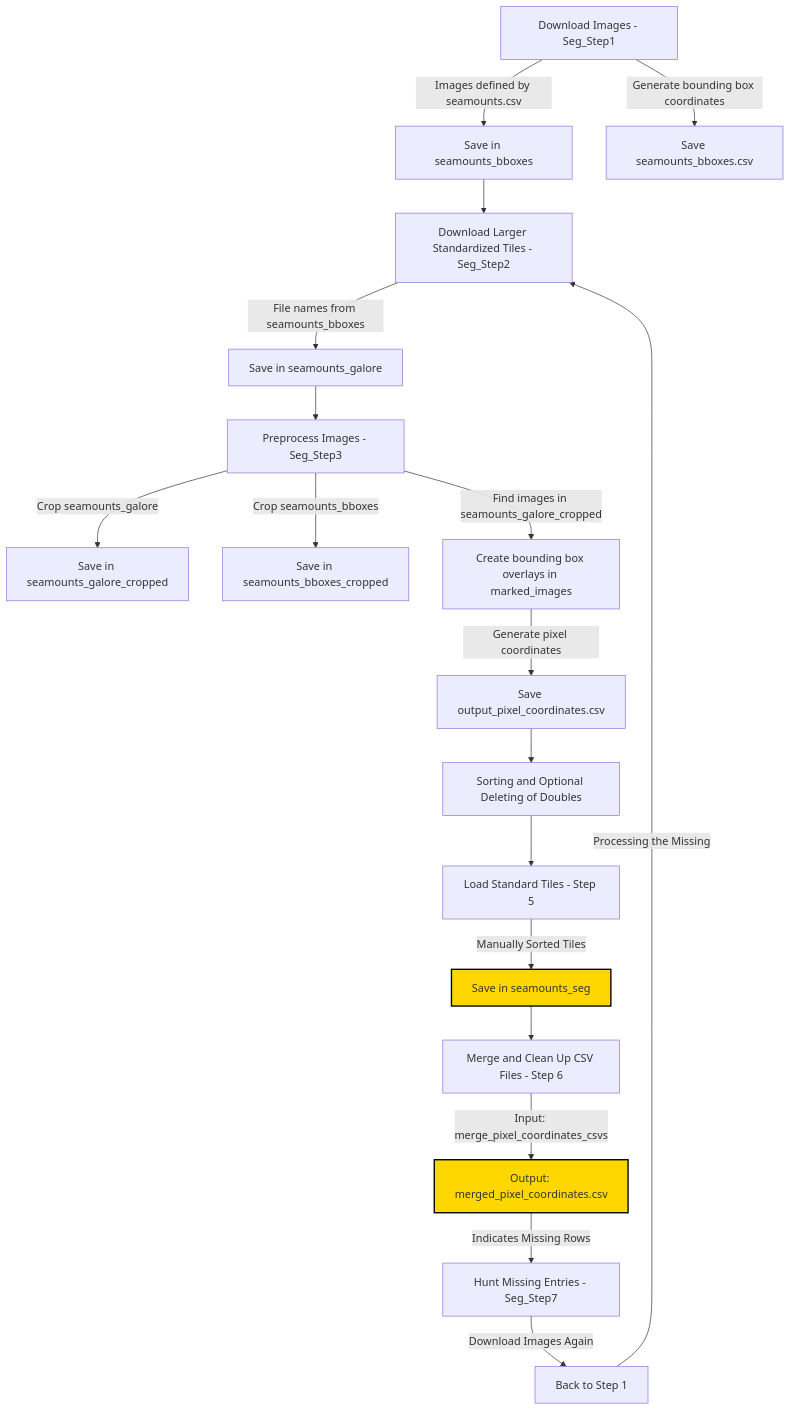
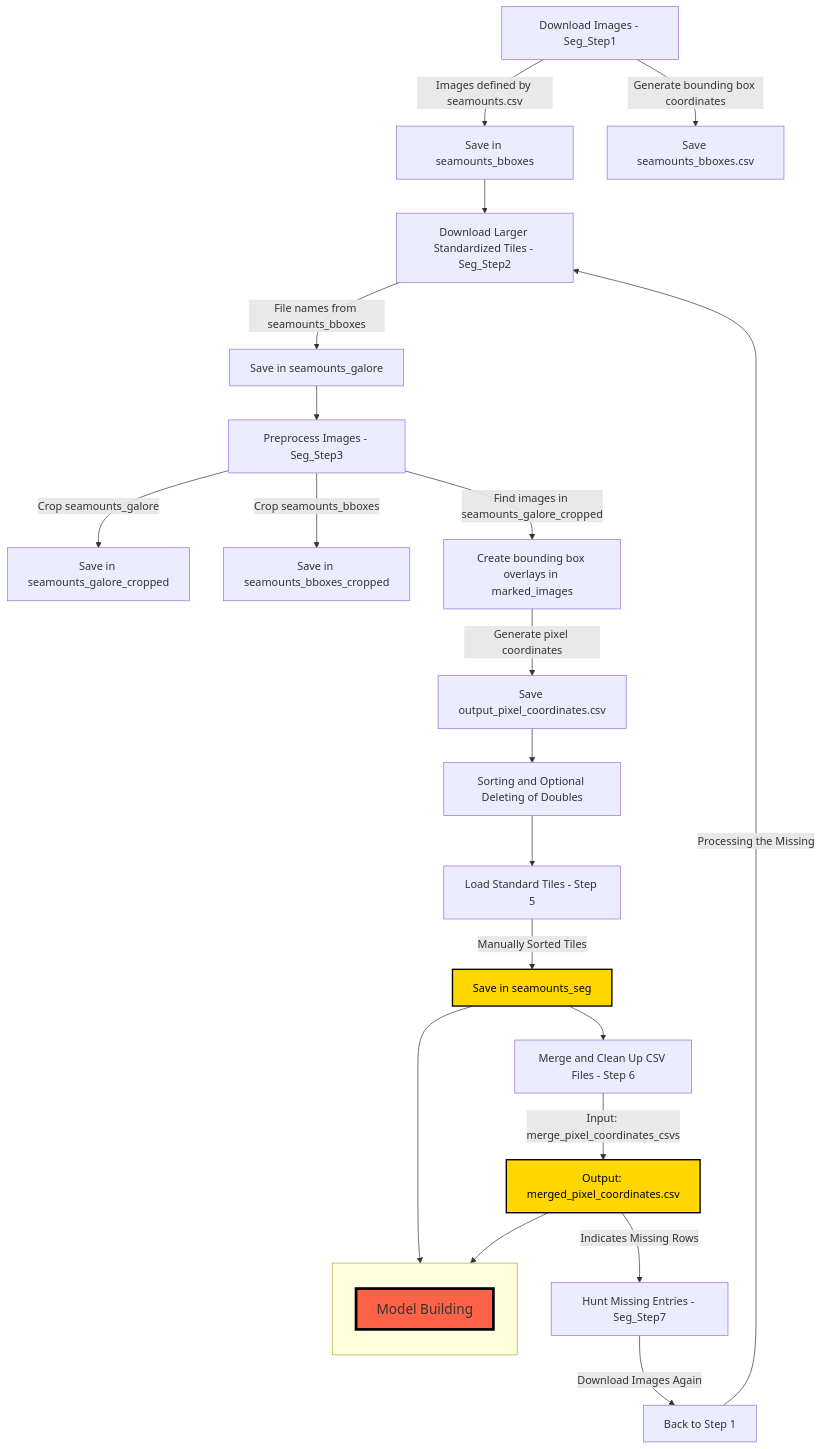
Before and after one commit to annewoelfl/Seamounts: the diagram in Workflow Image Segmentation.md, drawn with Mermaid. The commit also changed other lines of this file, not shown here.

Commit message:
Updated workflow

````diff
--- a/Workflow Image Segmentation.md
+++ b/Workflow Image Segmentation.md
@@ -3,25 +3,38 @@
 ```mermaid
 graph TD
     A[Download Images - Seg_Step1] -->|Images defined by seamounts.csv| B[Save in seamounts_bboxes]
     A -->|Generate bounding box coordinates| C[Save seamounts_bboxes.csv]
     B --> D[Download Larger Standardized Tiles - Seg_Step2]
     D -->|File names from seamounts_bboxes| E[Save in seamounts_galore]
     E --> F[Preprocess Images - Seg_Step3]
     F -->|Crop seamounts_galore| G[Save in seamounts_galore_cropped]
     F -->|Crop seamounts_bboxes| H[Save in seamounts_bboxes_cropped]
     F -->|Find images in seamounts_galore_cropped| I[Create bounding box overlays in marked_images]
     I -->|Generate pixel coordinates| J[Save output_pixel_coordinates.csv]
     J --> K[Sorting and Optional Deleting of Doubles]
     K --> L[Load Standard Tiles - Step 5]
     L -->|Manually Sorted Tiles| M[Save in seamounts_seg]
     M --> N[Merge and Clean Up CSV Files - Step 6]
     N -->|Input: merge_pixel_coordinates_csvs| O[Output: merged_pixel_coordinates.csv]
     O -->|Indicates Missing Rows| P[Hunt Missing Entries - Seg_Step7]
     P -->|Download Images Again| Q[Back to Step 1]
     Q -->|Processing the Missing| D
 
     %% Highlight important outputs
-    style M fill:#FFD700,stroke:#000,stroke-width:2px
-    style O fill:#FFD700,stroke:#000,stroke-width:2px
+    style M fill:#FFD700,stroke:#000,stroke-width:2px, color:#000
+    style O fill:#FFD700,stroke:#000,stroke-width:2px, color:#000
+
+    %% New additions for Model Building
+    M --> R[Model Building]
+    O --> R[Model Building]
+
+    %% Move "Model Building" to the bottom and make it larger
+    style R fill:#ff6347,stroke:#000,stroke-width:4px, font-size:20px
+    subgraph " "
+        direction TB
+        R
+    end
+
+
 
 ```
````
